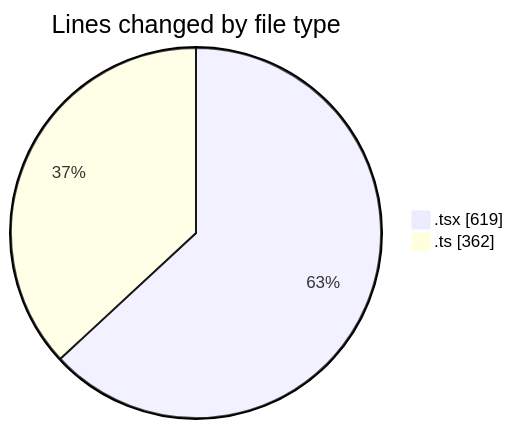
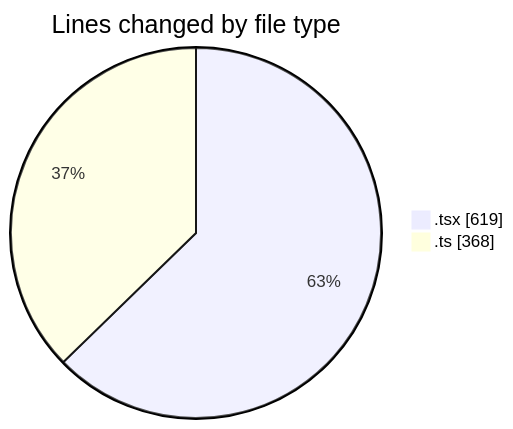
One commit to robertbonfada/code-tracking changed the first of 2 diagrams in 2025-03-17/audiobooks-web/README.md. Above: the diagram before and after it, drawn with Mermaid. The commit also changed other lines of this file and 1 other file, not shown here.

````diff
--- a/2025-03-17/audiobooks-web/README.md
+++ b/2025-03-17/audiobooks-web/README.md
@@ -27,6 +27,6 @@
 ```mermaid
 pie showData
 title Lines changed by file type
 ".tsx" : 619
-".ts" : 362
+".ts" : 368
 ```
````
